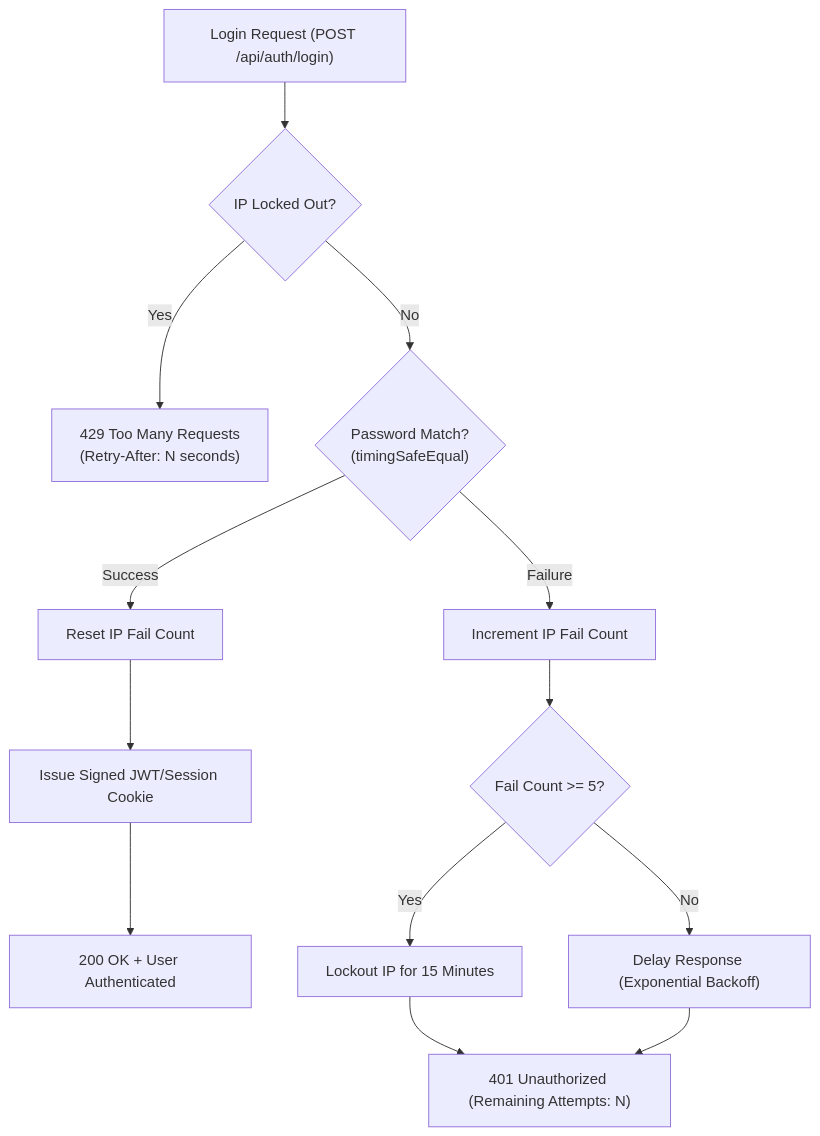
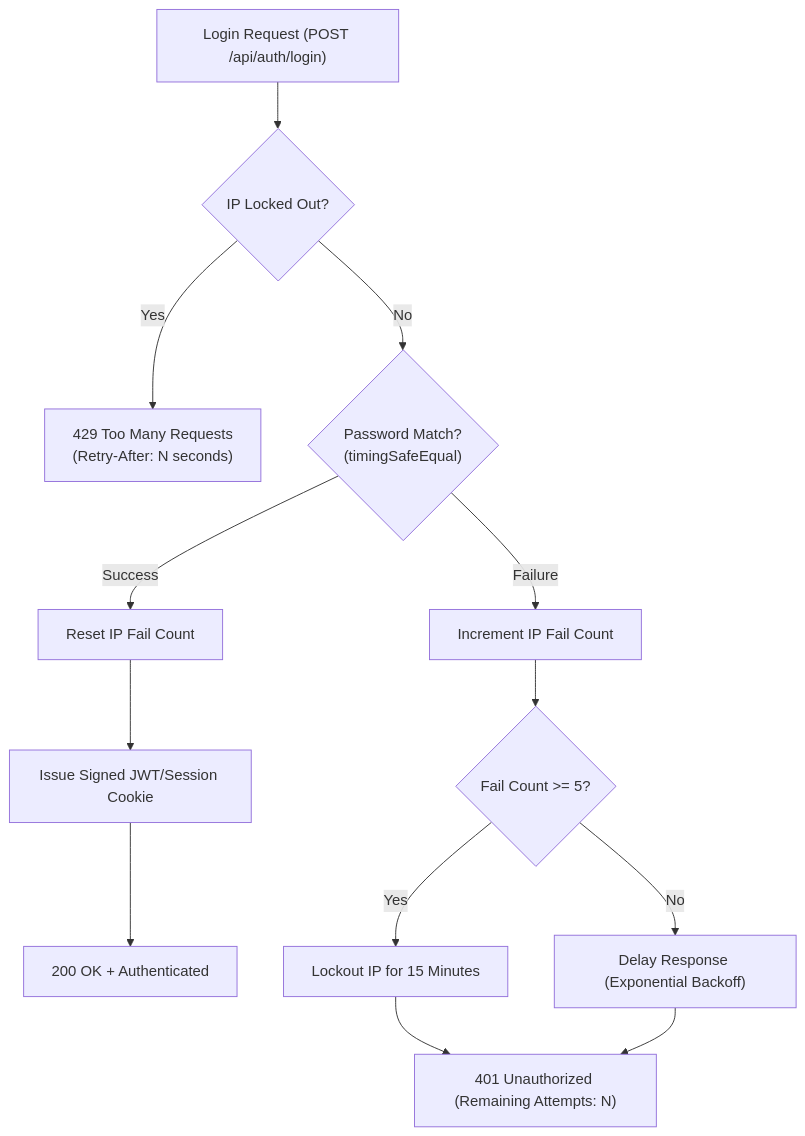
Before and after one commit to digital8150/NAS-with-Windows: the second of 3 diagrams in PLAN.md, drawn with Mermaid. The commit also changed other lines of this file, not shown here.

````diff
--- a/PLAN.md
+++ b/PLAN.md
@@ -131,17 +157,17 @@
 ```mermaid
 flowchart TD
     LoginReq["Login Request (POST /api/auth/login)"] --> CheckLockout{"IP Locked Out?"}
     CheckLockout -->|Yes| Return429["429 Too Many Requests<br/>(Retry-After: N seconds)"]
     CheckLockout -->|No| ComparePwd{"Password Match?<br/>(timingSafeEqual)"}
     
     ComparePwd -->|Success| ResetFailCount["Reset IP Fail Count"]
     ResetFailCount --> IssueToken["Issue Signed JWT/Session Cookie"]
-    IssueToken --> Return200["200 OK + User Authenticated"]
+    IssueToken --> Return200["200 OK + Authenticated"]
     
     ComparePwd -->|Failure| IncFailCount["Increment IP Fail Count"]
     IncFailCount --> ThresholdCheck{"Fail Count >= 5?"}
     ThresholdCheck -->|Yes| LockoutIP["Lockout IP for 15 Minutes"]
     ThresholdCheck -->|No| ApplyBackoff["Delay Response (Exponential Backoff)"]
     LockoutIP --> Return401["401 Unauthorized (Remaining Attempts: N)"]
     ApplyBackoff --> Return401
 ```
````
